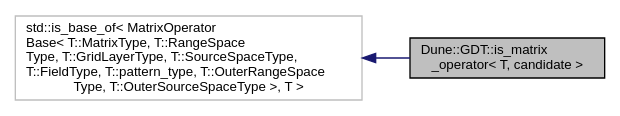
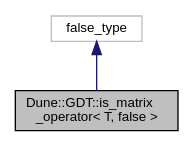
One commit to dune-community/dune-community.github.io changed the diagram in docs/dune-gdt/master/a03216.dot. Above: the diagram before and after it, drawn with Graphviz. The commit also changed 1984 other files, not shown here.

Commit message:
Updated documentation for dune-gdt master

```diff
--- a/docs/dune-gdt/master/a03216.dot
+++ b/docs/dune-gdt/master/a03216.dot
@@ -1,9 +1,8 @@
-digraph "Dune::GDT::is_matrix_operator&lt; T, candidate &gt;"
+digraph "Dune::GDT::is_matrix_operator&lt; T, false &gt;"
 {
   edge [fontname="Helvetica",fontsize="10",labelfontname="Helvetica",labelfontsize="10"];
   node [fontname="Helvetica",fontsize="10",shape=record];
-  rankdir="LR";
-  Node0 [label="Dune::GDT::is_matrix\l_operator\< T, candidate \>",height=0.2,width=0.4,color="black", fillcolor="grey75", style="filled", fontcolor="black"];
+  Node0 [label="Dune::GDT::is_matrix\l_operator\< T, false \>",height=0.2,width=0.4,color="black", fillcolor="grey75", style="filled", fontcolor="black"];
   Node1 -> Node0 [dir="back",color="midnightblue",fontsize="10",style="solid",fontname="Helvetica"];
-  Node1 [label="std::is_base_of\< MatrixOperator\lBase\< T::MatrixType, T::RangeSpace\lType, T::GridLayerType, T::SourceSpaceType,\l T::FieldType, T::pattern_type, T::OuterRangeSpace\lType, T::OuterSourceSpaceType \>, T \>",height=0.2,width=0.4,color="grey75", fillcolor="white", style="filled"];
+  Node1 [label="false_type",height=0.2,width=0.4,color="grey75", fillcolor="white", style="filled"];
 }
```
